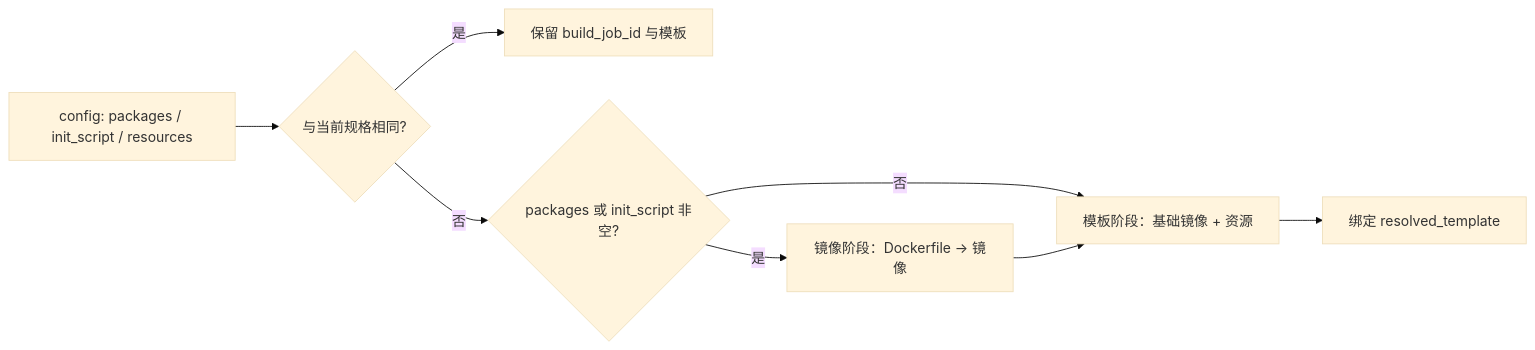
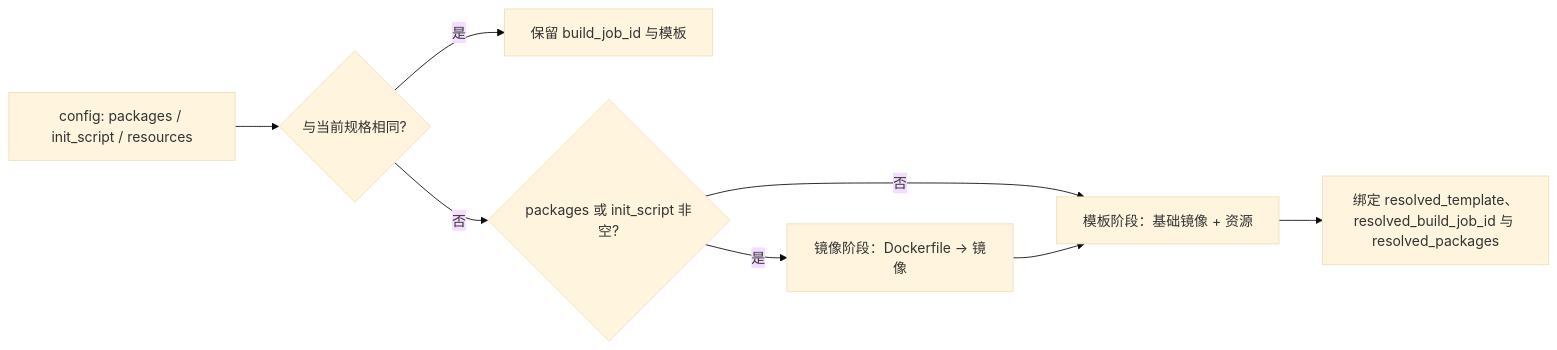
Before and after one commit to superduck-ai/open-managed-agents: the third of 4 diagrams in docs/design/be/environment-package-provisioning.md, drawn with Mermaid (base theme). The commit also changed other lines of this file and 19 other files, not shown here.

````diff
--- a/docs/design/be/environment-package-provisioning.md
+++ b/docs/design/be/environment-package-provisioning.md
@@ -156,10 +166,10 @@
 ```mermaid
 flowchart LR
     Spec["config: packages / init_script / resources"] --> Same{"与当前规格相同?"}
     Same -->|是| Keep["保留 build_job_id 与模板"]
     Same -->|否| NeedImage{"packages 或 init_script 非空?"}
     NeedImage -->|是| Image["镜像阶段：Dockerfile → 镜像"]
     NeedImage -->|否| Template["模板阶段：基础镜像 + 资源"]
     Image --> Template
-    Template --> Bind["绑定 resolved_template"]
+    Template --> Bind["绑定 resolved_template、resolved_build_job_id 与 resolved_packages"]
 ```
````
